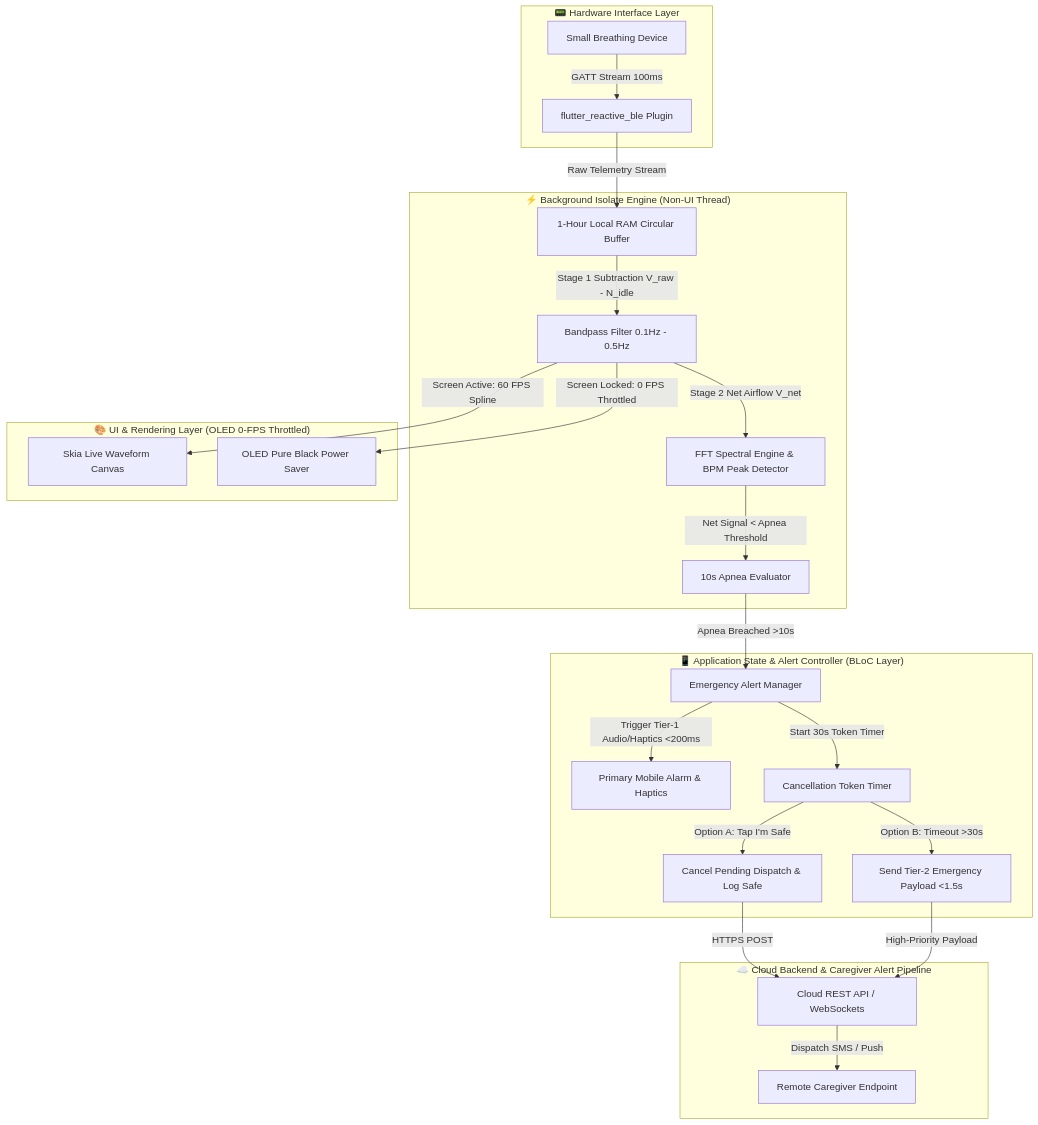
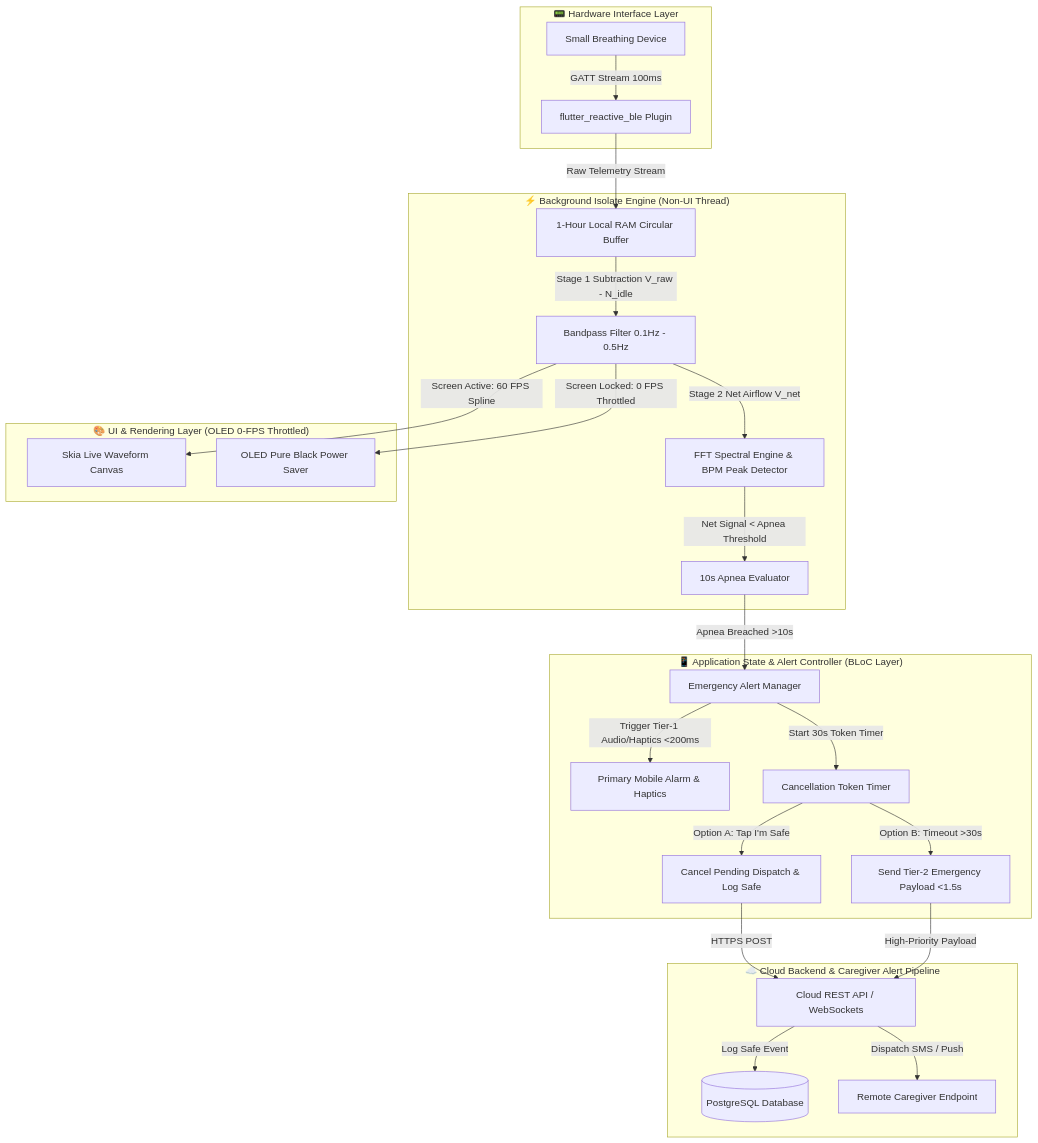
Before and after one commit to reidlai/masker-app: the diagram in _bmad-output/architecture/ARCHITECTURE-SPINE.md, drawn with Mermaid. The commit also changed other lines of this file and 1 other file, not shown here.

Commit message:
docs: update PRD v1.5.0 and Architecture Spine v1.1.0 with UN 38.3, IATA PI 967 air freight customs compliance (AD-7 / NFR-6.5)

````diff
--- a/_bmad-output/architecture/ARCHITECTURE-SPINE.md
+++ b/_bmad-output/architecture/ARCHITECTURE-SPINE.md
@@ -19,33 +19,34 @@
 ```mermaid
 graph TD
     subgraph Layer1 ["📟 Hardware Interface Layer"]
         BLE_Dev[Small Breathing Device] -->|GATT Stream 100ms| BLE_Plugin[flutter_reactive_ble Plugin]
     end
 
     subgraph Layer2 ["⚡ Background Isolate Engine (Non-UI Thread)"]
         BLE_Plugin -->|Raw Telemetry Stream| RingBuf[1-Hour Local RAM Circular Buffer]
         RingBuf -->|Stage 1 Subtraction V_raw - N_idle| Filter[Bandpass Filter 0.1Hz - 0.5Hz]
         Filter -->|Stage 2 Net Airflow V_net| FFT[FFT Spectral Engine & BPM Peak Detector]
         FFT -->|Net Signal < Apnea Threshold| Evaluator[10s Apnea Evaluator]
     end
 
     subgraph Layer3 ["📱 Application State & Alert Controller (BLoC Layer)"]
         Evaluator -->|Apnea Breached >10s| AlertManager[Emergency Alert Manager]
         AlertManager -->|Trigger Tier-1 Audio/Haptics <200ms| LocalAlert[Primary Mobile Alarm & Haptics]
         AlertManager -->|Start 30s Token Timer| TokenTimer[Cancellation Token Timer]
         
         TokenTimer -->|Option A: Tap I'm Safe| CancelCloud[Cancel Pending Dispatch & Log Safe]
         TokenTimer -->|Option B: Timeout >30s| CloudGateway[Send Tier-2 Emergency Payload <1.5s]
     end
 
     subgraph Layer4 ["🎨 UI & Rendering Layer (OLED 0-FPS Throttled)"]
         Filter -->|Screen Active: 60 FPS Spline| ChartWidget[Skia Live Waveform Canvas]
         Filter -->|Screen Locked: 0 FPS Throttled| DisplaySaver[OLED Pure Black Power Saver]
     end
 
     subgraph Layer5 ["☁️ Cloud Backend & Caregiver Alert Pipeline"]
         CancelCloud -->|HTTPS POST| Backend[Cloud REST API / WebSockets]
         CloudGateway -->|High-Priority Payload| Backend
+        Backend -->|Log Safe Event| DB[(PostgreSQL Database)]
         Backend -->|Dispatch SMS / Push| Caregiver[Remote Caregiver Endpoint]
     end
 ```
````
